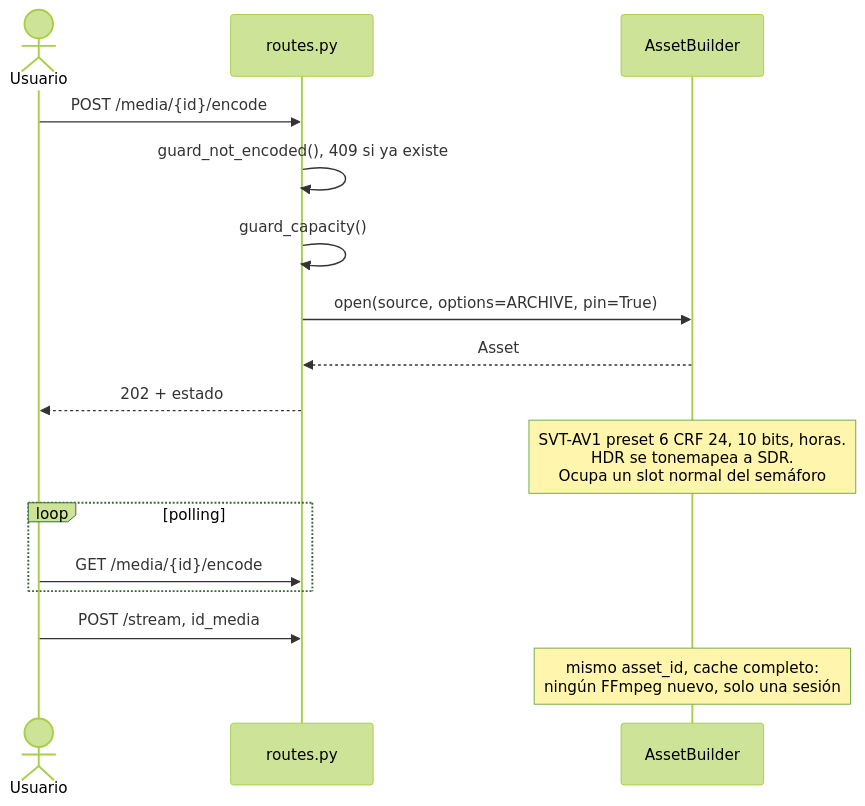
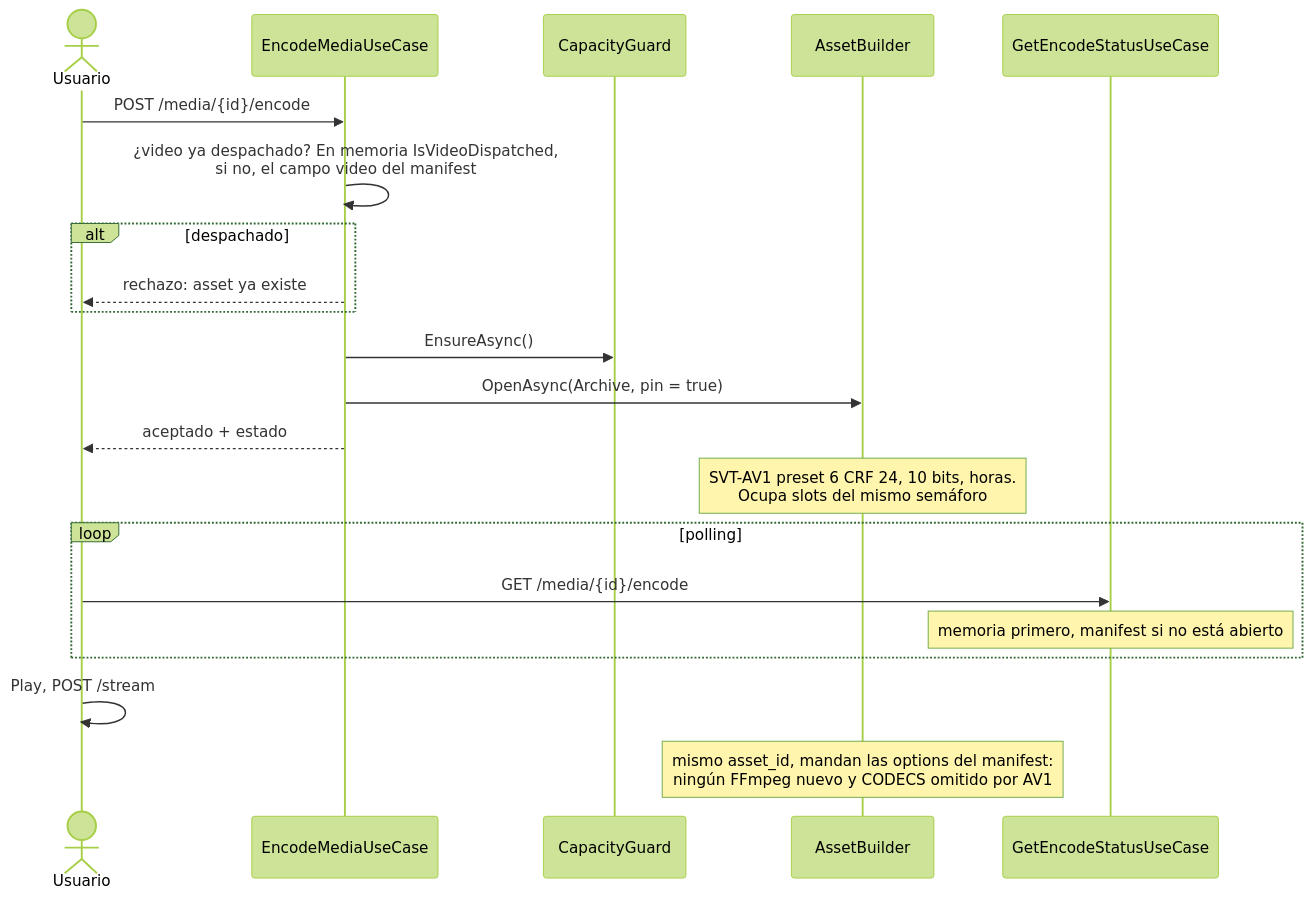
One commit to Juan045/home-stream-app changed the ninth of 15 diagrams in system_arquitecture.md. Above: the diagram before and after it, drawn with Mermaid (forest theme). The commit also changed other lines of this file and 8 other files, not shown here.

````diff
--- a/system_arquitecture.md
+++ b/system_arquitecture.md
@@ -411,21 +500,26 @@
 ```mermaid
 sequenceDiagram
     actor U as Usuario
-    participant API as routes.py
+    participant E as EncodeMediaUseCase
+    participant G as CapacityGuard
     participant B as AssetBuilder
+    participant ST as GetEncodeStatusUseCase
 
-    U->>API: POST /media/{id}/encode
-    API->>API: guard_not_encoded(), 409 si ya existe
-    API->>API: guard_capacity()
-    API->>B: open(source, options=ARCHIVE, pin=True)
-    B-->>API: Asset
-    API-->>U: 202 + estado
-    Note over B: SVT-AV1 preset 6 CRF 24, 10 bits, horas.<br/>HDR se tonemapea a SDR.<br/>Ocupa un slot normal del semáforo
+    U->>E: POST /media/{id}/encode
+    E->>E: ¿video ya despachado? En memoria IsVideoDispatched,<br/>si no, el campo video del manifest
+    alt despachado
+        E-->>U: rechazo: asset ya existe
+    end
+    E->>G: EnsureAsync()
+    E->>B: OpenAsync(Archive, pin = true)
+    E-->>U: aceptado + estado
+    Note over B: SVT-AV1 preset 6 CRF 24, 10 bits, horas.<br/>Ocupa slots del mismo semáforo
 
     loop polling
-        U->>API: GET /media/{id}/encode
+        U->>ST: GET /media/{id}/encode
+        Note over ST: memoria primero, manifest si no está abierto
     end
 
-    U->>API: POST /stream, id_media
-    Note over B: mismo asset_id, cache completo:<br/>ningún FFmpeg nuevo, solo una sesión
+    U->>U: Play, POST /stream
+    Note over B: mismo asset_id, mandan las options del manifest:<br/>ningún FFmpeg nuevo y CODECS omitido por AV1
 ```
````
